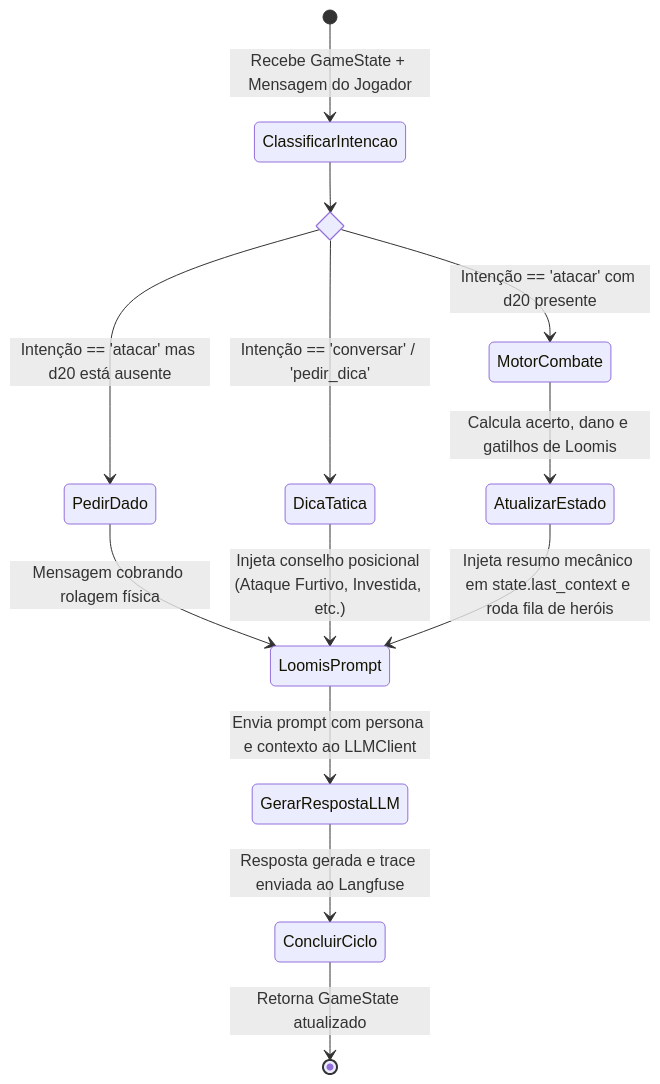
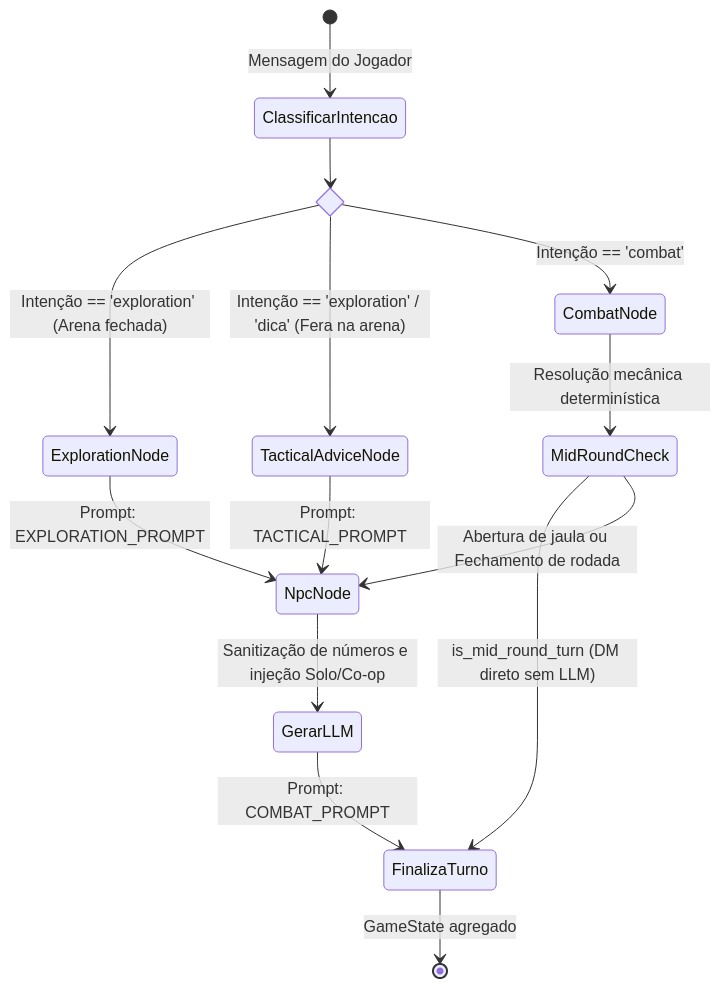
Before and after one commit to gradprojetos/ai-npc: the fifth of 6 diagrams in docs/architecture.md, drawn with Mermaid. The commit also changed other lines of this file and 4 other files, not shown here.

````diff
--- a/docs/architecture.md
+++ b/docs/architecture.md
@@ -293,21 +260,23 @@
 ```mermaid
 stateDiagram-v2
-    [*] --> ClassificarIntencao : Recebe GameState + Mensagem do Jogador
-    
-    state checagem_intencao <<choice>>
-    ClassificarIntencao --> checagem_intencao
-    
-    checagem_intencao --> DicaTatica : Intenção == 'conversar' / 'pedir_dica'
-    checagem_intencao --> PedirDado : Intenção == 'atacar' mas d20 está ausente
-    checagem_intencao --> MotorCombate : Intenção == 'atacar' com d20 presente
-    
-    PedirDado --> LoomisPrompt : Mensagem cobrando rolagem física
-    DicaTatica --> LoomisPrompt : Injeta conselho posicional (Ataque Furtivo, Investida, etc.)
-    
-    MotorCombate --> AtualizarEstado : Calcula acerto, dano e gatilhos de Loomis
-    AtualizarEstado --> LoomisPrompt : Injeta resumo mecânico em state.last_context e roda fila de heróis
-    
-    LoomisPrompt --> GerarRespostaLLM : Envia prompt com persona e contexto ao LLMClient
-    GerarRespostaLLM --> ConcluirCiclo : Resposta gerada e trace enviada ao Langfuse
-    ConcluirCiclo --> [*] : Retorna GameState atualizado
+    [*] --> ClassificarIntencao : Mensagem do Jogador
+
+    state rota_escolha <<choice>>
+    ClassificarIntencao --> rota_escolha
+
+    rota_escolha --> ExplorationNode : Intenção == 'exploration' (Arena fechada)
+    rota_escolha --> TacticalAdviceNode : Intenção == 'exploration' / 'dica' (Fera na arena)
+    rota_escolha --> CombatNode : Intenção == 'combat'
+
+    ExplorationNode --> NpcNode : Prompt: EXPLORATION_PROMPT
+    TacticalAdviceNode --> NpcNode : Prompt: TACTICAL_PROMPT
+    CombatNode --> MidRoundCheck : Resolução mecânica determinística
+
+    state MidRoundCheck <<choice>>
+    MidRoundCheck --> FinalizaTurno : is_mid_round_turn (DM direto sem LLM)
+    MidRoundCheck --> NpcNode : Abertura de jaula ou Fechamento de rodada
+
+    NpcNode --> GerarLLM : Sanitização de números e injeção Solo/Co-op
+    GerarLLM --> FinalizaTurno : Prompt: COMBAT_PROMPT
+    FinalizaTurno --> [*] : GameState agregado
 ```
````
